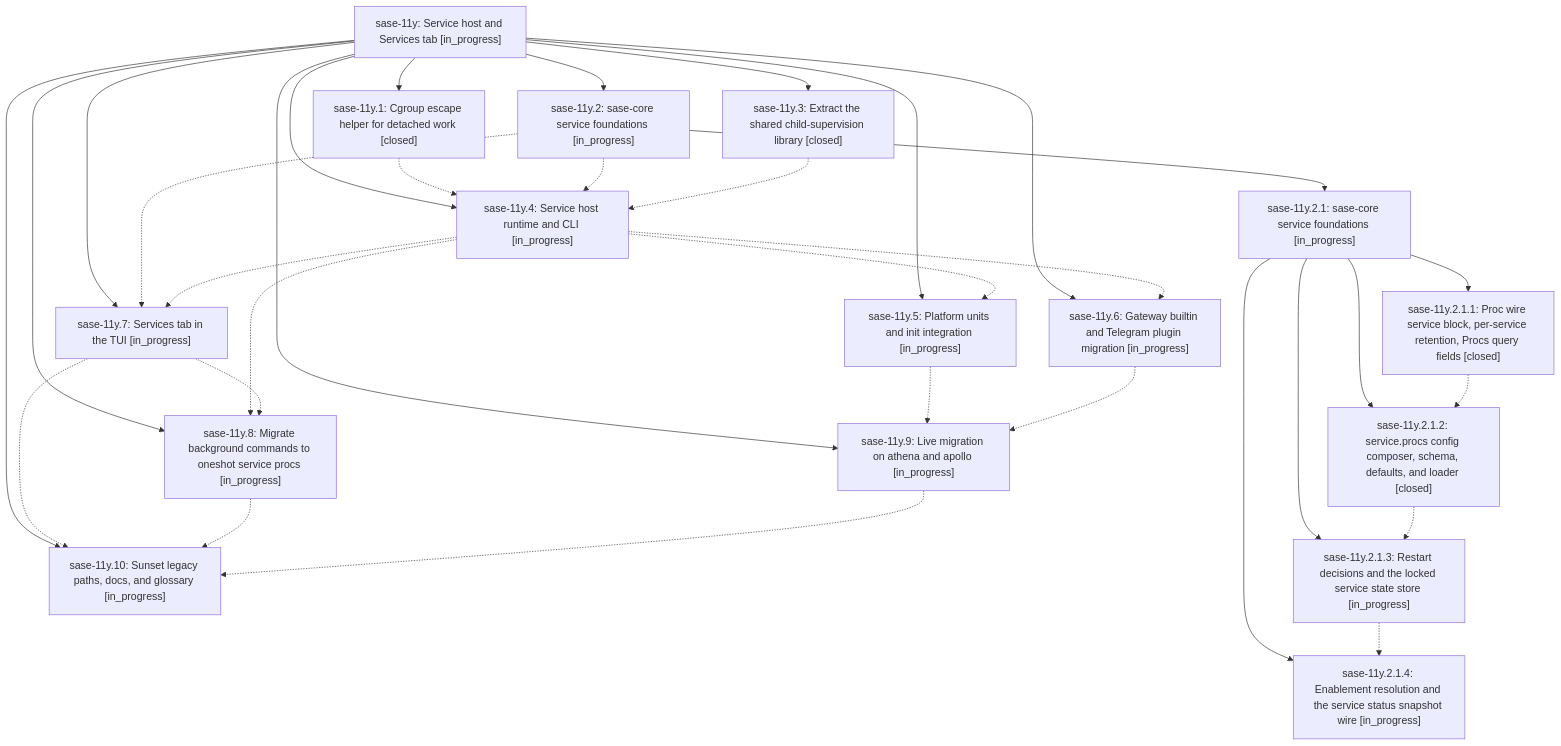
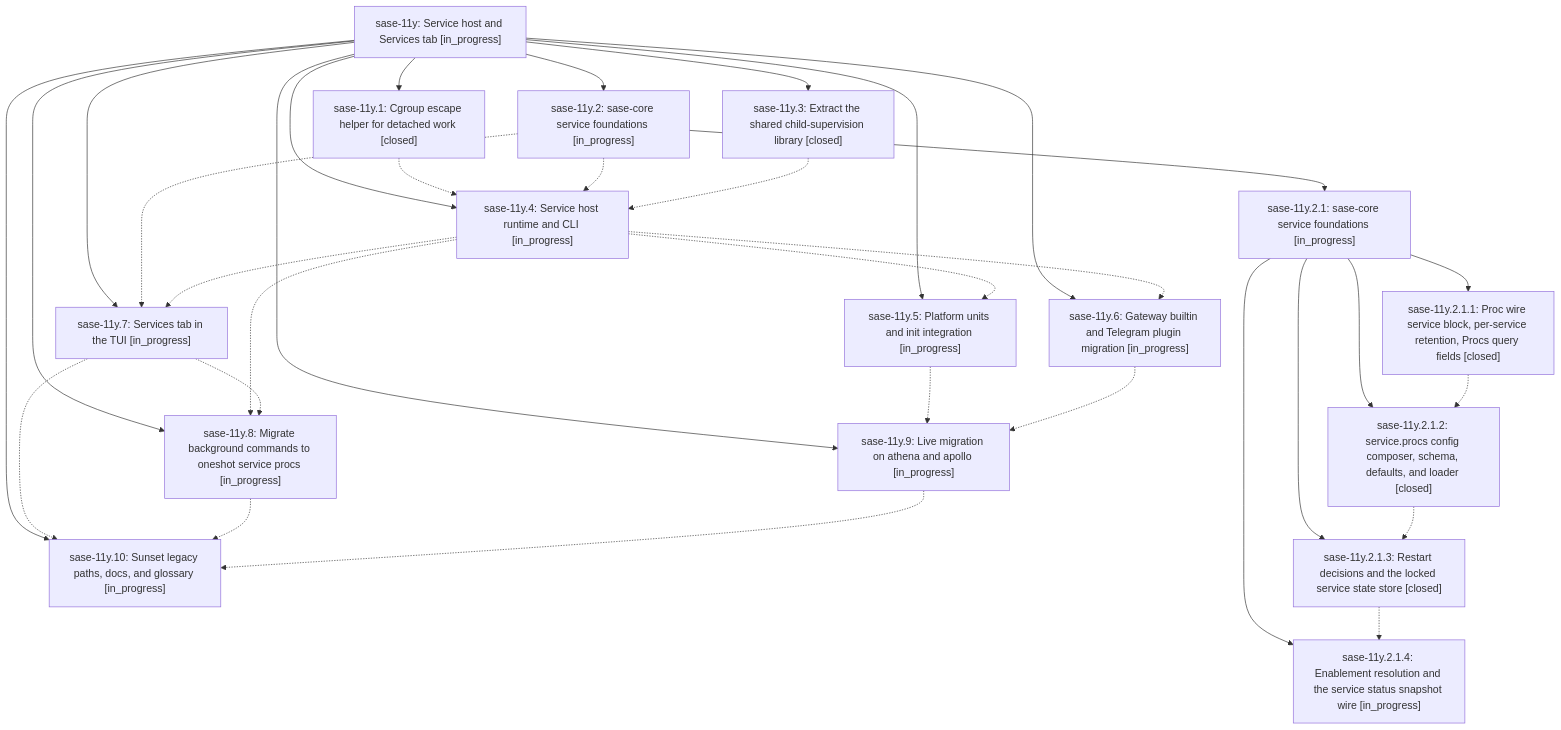
One commit to sase-org/sase--beads changed the diagram in pages/sase-11y/README.md. Above: the diagram before and after it, drawn with Mermaid. The commit also changed other lines of this file and 3 other files, not shown here.

````diff
--- a/pages/sase-11y/README.md
+++ b/pages/sase-11y/README.md
@@ -43,51 +43,51 @@
 ```mermaid
 flowchart TD
     n0["sase-11y: Service host and Services tab [in_progress]"]
     n1["sase-11y.1: Cgroup escape helper for detached work [closed]"]
     n2["sase-11y.10: Sunset legacy paths, docs, and glossary [in_progress]"]
     n3["sase-11y.2: sase-core service foundations [in_progress]"]
     n4["sase-11y.2.1: sase-core service foundations [in_progress]"]
     n5["sase-11y.2.1.1: Proc wire service block, per-service retention, Procs query fields [closed]"]
     n6["sase-11y.2.1.2: service.procs config composer, schema, defaults, and loader [closed]"]
-    n7["sase-11y.2.1.3: Restart decisions and the locked service state store [in_progress]"]
+    n7["sase-11y.2.1.3: Restart decisions and the locked service state store [closed]"]
     n8["sase-11y.2.1.4: Enablement resolution and the service status snapshot wire [in_progress]"]
     n9["sase-11y.3: Extract the shared child-supervision library [closed]"]
     n10["sase-11y.4: Service host runtime and CLI [in_progress]"]
     n11["sase-11y.5: Platform units and init integration [in_progress]"]
     n12["sase-11y.6: Gateway builtin and Telegram plugin migration [in_progress]"]
     n13["sase-11y.7: Services tab in the TUI [in_progress]"]
     n14["sase-11y.8: Migrate background commands to oneshot service procs [in_progress]"]
     n15["sase-11y.9: Live migration on athena and apollo [in_progress]"]
     n0 --> n1
     n0 --> n2
     n0 --> n3
     n3 --> n4
     n4 --> n5
     n4 --> n6
     n4 --> n7
     n4 --> n8
     n0 --> n9
     n0 --> n10
     n0 --> n11
     n0 --> n12
     n0 --> n13
     n0 --> n14
     n0 --> n15
     n1 -.-> n10
     n3 -.-> n10
     n3 -.-> n13
     n5 -.-> n6
     n6 -.-> n7
     n7 -.-> n8
     n9 -.-> n10
     n10 -.-> n11
     n10 -.-> n12
     n10 -.-> n13
     n10 -.-> n14
     n11 -.-> n15
     n12 -.-> n15
     n13 -.-> n2
     n13 -.-> n14
     n14 -.-> n2
     n15 -.-> n2
 ```
````
